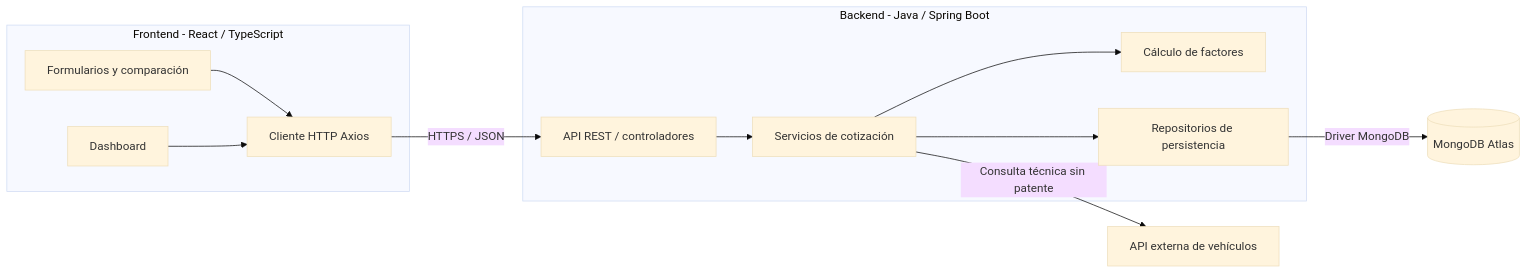
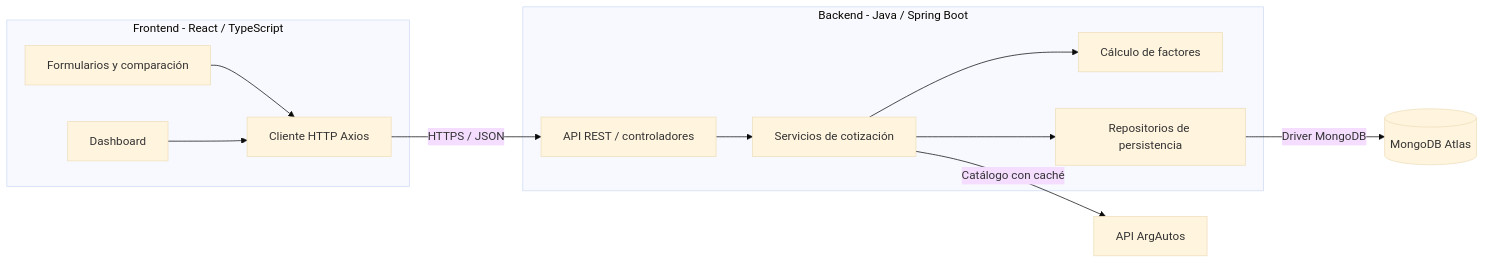
Before and after one commit to LorenzoPattini/TrabajoFinal-Grupo104: the third of 4 diagrams in docs/Documentacion-Sistema.md, drawn with Mermaid (base theme). The commit also changed other lines of this file and 3 other files, not shown here.

````diff
--- a/docs/Documentacion-Sistema.md
+++ b/docs/Documentacion-Sistema.md
@@ -828,22 +857,22 @@
 ```mermaid
 flowchart LR
     subgraph FRONT["Frontend - React / TypeScript"]
         UI["Formularios y comparación"]
         DASH["Dashboard"]
         HTTP["Cliente HTTP Axios"]
         UI --> HTTP
         DASH --> HTTP
     end
     subgraph BACK["Backend - Java / Spring Boot"]
         REST["API REST / controladores"]
         SERV["Servicios de cotización"]
         FACT["Cálculo de factores"]
         PERS["Repositorios de persistencia"]
         REST --> SERV
         SERV --> FACT
         SERV --> PERS
     end
     HTTP -->|"HTTPS / JSON"| REST
     PERS -->|"Driver MongoDB"| DB[("MongoDB Atlas")]
-    SERV -->|"Consulta técnica sin patente"| VEH["API externa de vehículos"]
+    SERV -->|"Catálogo con caché"| VEH["API ArgAutos"]
 ```
````
